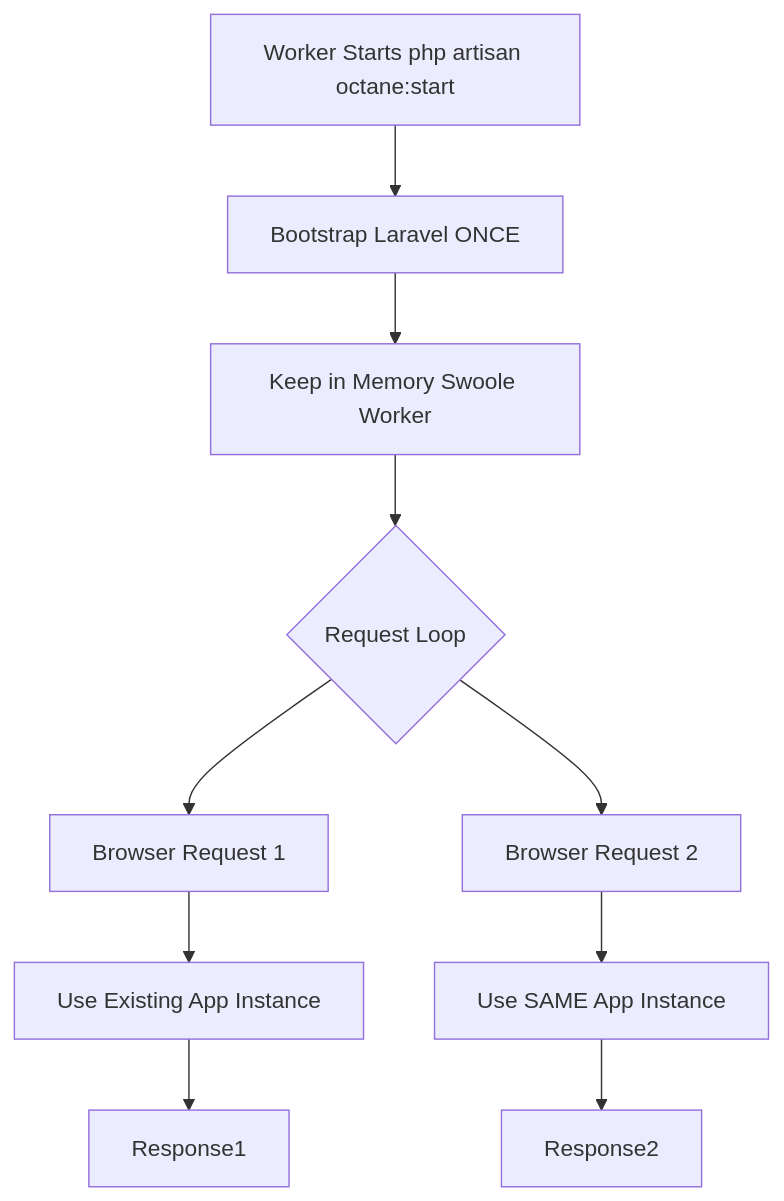
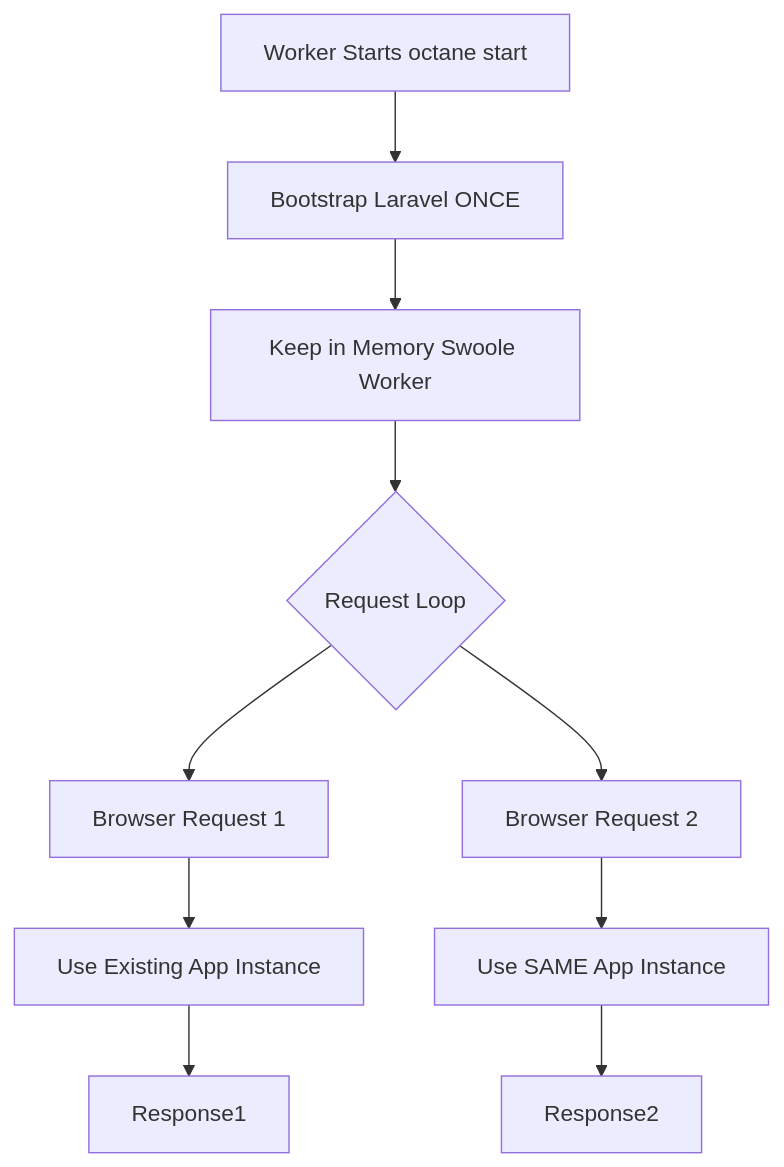
One commit to subhashladumor1/laravel-mastery-roadmap changed the second of 4 diagrams in diagrams/07-octane-architecture.md. Above: the diagram before and after it, drawn with Mermaid. The commit also changed other lines of this file and 6 other files, not shown here.

First line of the commit message:
diagram rich issue

````diff
--- a/diagrams/07-octane-architecture.md
+++ b/diagrams/07-octane-architecture.md
@@ -30,15 +30,15 @@
 ```mermaid
 graph TD
-    Start[Worker Starts php artisan octane:start] --> Boot[Bootstrap Laravel ONCE]
+    Start[Worker Starts octane start] --> Boot[Bootstrap Laravel ONCE]
     Boot --> RAM[Keep in Memory Swoole Worker]
     
     RAM --> Loop{Request Loop}
     
     Loop --> Request1[Browser Request 1]
     Request1 --> Handle1[Use Existing App Instance]
     Handle1 --> Response1
     
     Loop --> Request2[Browser Request 2]
     Request2 --> Handle2[Use SAME App Instance]
     Handle2 --> Response2
 ```
````
